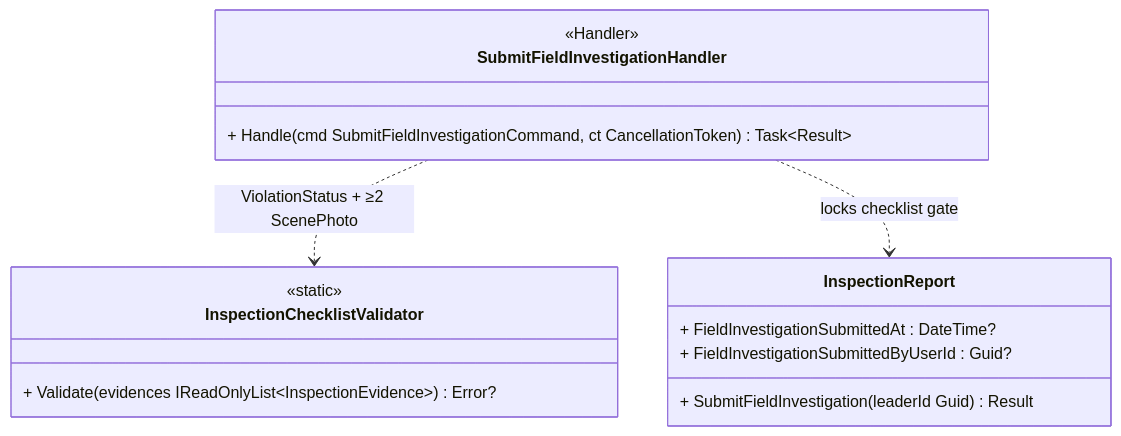
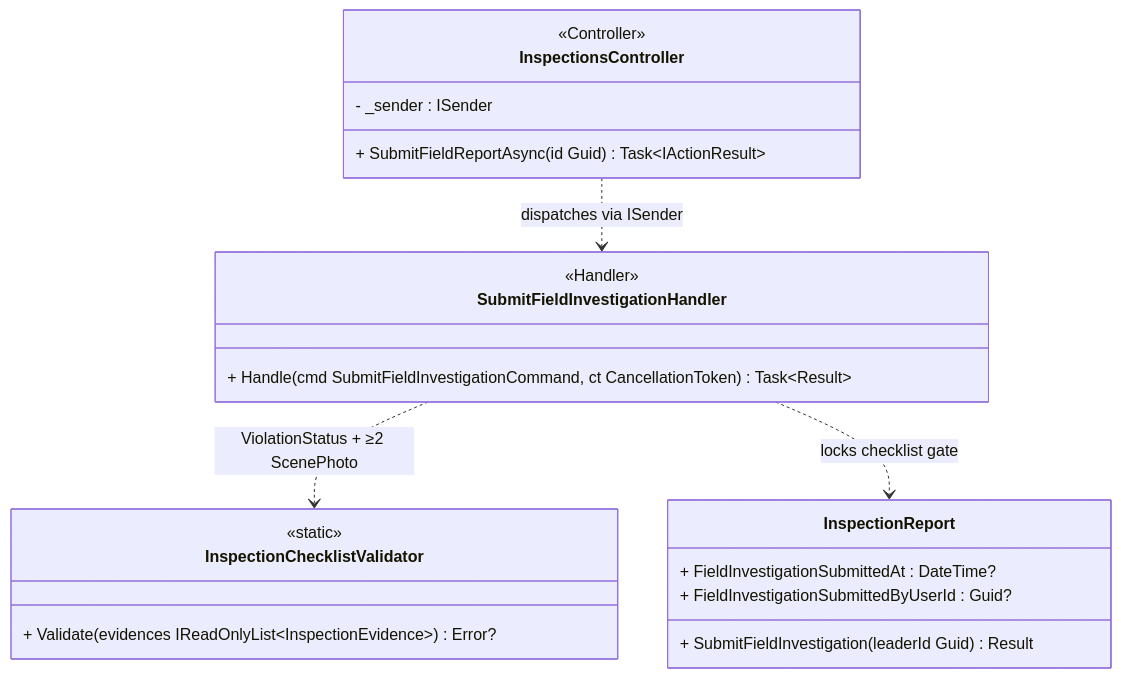
Diagram 24 of 43 in docs/BusinessRule/CLASS_DIAGRAMS.md (Capstonne-Project/greenlens-service), drawn with Mermaid before and after one commit. The commit also changed other lines of this file, not shown here.

Commit message:
chore(docs): class diagram relation

````diff
--- a/docs/BusinessRule/CLASS_DIAGRAMS.md
+++ b/docs/BusinessRule/CLASS_DIAGRAMS.md
@@ -2642,21 +2658,28 @@
 ```mermaid
 classDiagram
     class InspectionReport {
         + FieldInvestigationSubmittedAt : DateTime?
         + FieldInvestigationSubmittedByUserId : Guid?
         + SubmitFieldInvestigation(leaderId Guid) Result
     }
 
     class InspectionChecklistValidator {
         <<static>>
         + Validate(evidences IReadOnlyList~InspectionEvidence~) Error?
     }
 
     class SubmitFieldInvestigationHandler {
         <<Handler>>
         + Handle(cmd SubmitFieldInvestigationCommand, ct CancellationToken) Task~Result~
     }
 
+    class InspectionsController {
+        <<Controller>>
+        - _sender : ISender
+        + SubmitFieldReportAsync(id Guid) Task~IActionResult~
+    }
+
     SubmitFieldInvestigationHandler ..> InspectionChecklistValidator : ViolationStatus + ≥2 ScenePhoto
     SubmitFieldInvestigationHandler ..> InspectionReport : locks checklist gate
+    InspectionsController ..> SubmitFieldInvestigationHandler : dispatches via ISender
 ```
````
